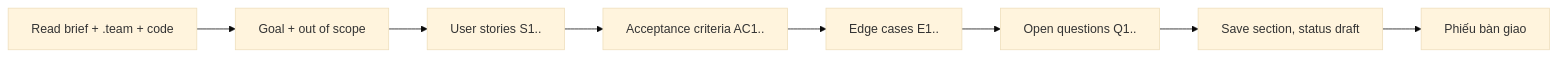
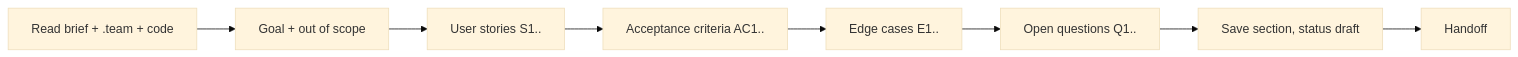
The diagram in agents/analyst.md (Tuan-Quyen/technical-teams), drawn with Mermaid (base theme) before and after one commit. The commit also changed 37 other files, not shown here.

````diff
--- a/agents/analyst.md
+++ b/agents/analyst.md
@@ -22,9 +22,9 @@
 ```mermaid
 flowchart LR
   A[Read brief + .team + code] --> B[Goal + out of scope]
   B --> C[User stories S1..]
   C --> D[Acceptance criteria AC1..]
   D --> E[Edge cases E1..]
   E --> F[Open questions Q1..]
-  F --> G[Save section, status draft] --> H[Phiếu bàn giao]
+  F --> G[Save section, status draft] --> H[Handoff]
 ```
````
